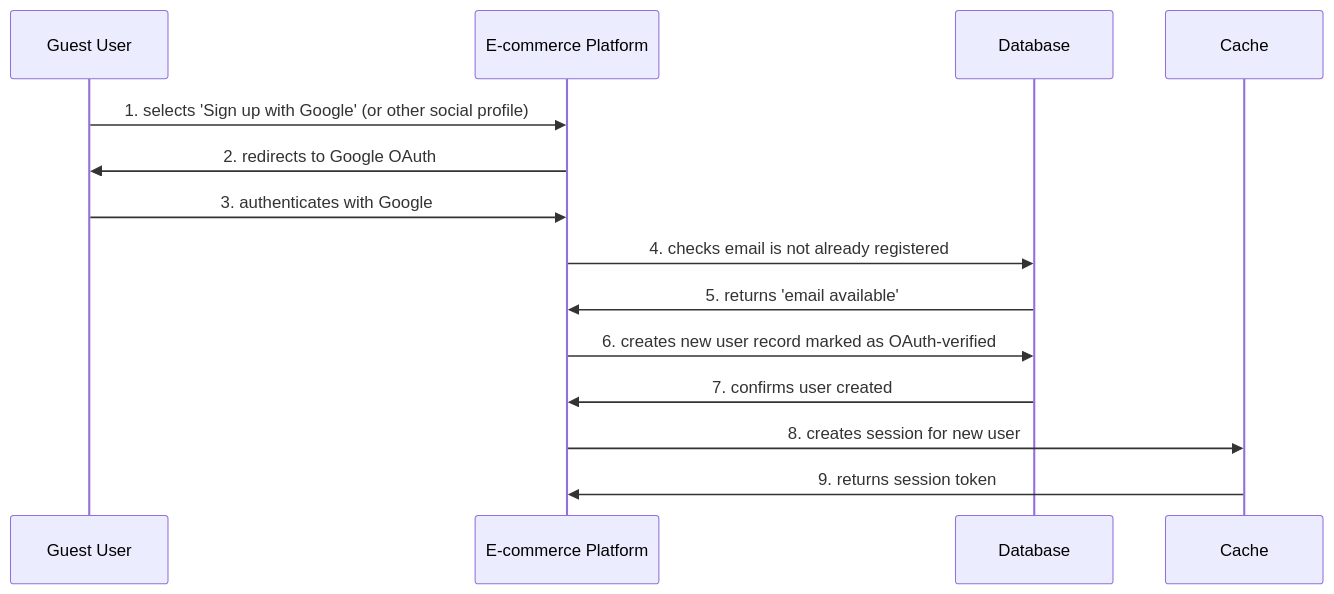
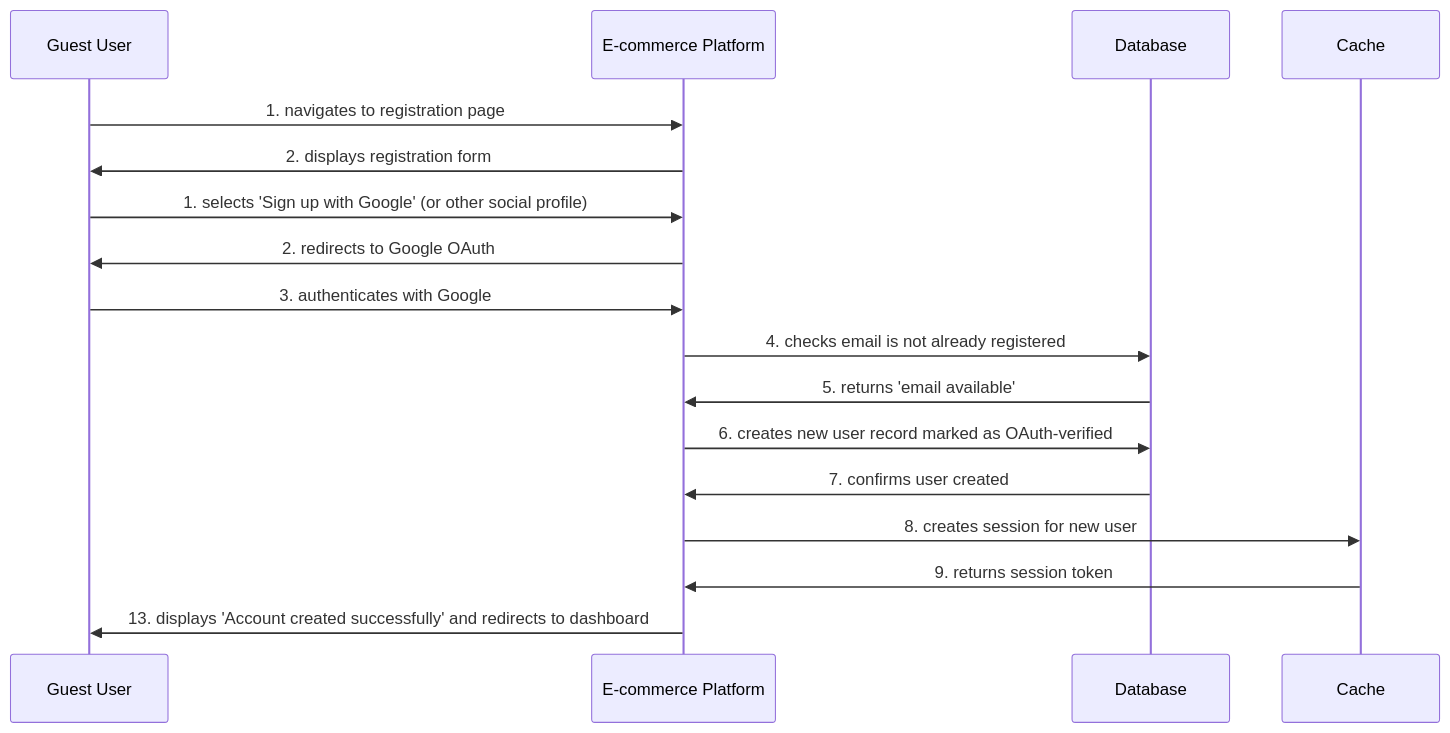
The second of 5 diagrams in examples/ecommerce-demo/docs/use-cases/authentication/UC-AUTH-001/README.md (Guillaumecoi/MUCM), drawn with Mermaid before and after one commit. The commit also changed other lines of this file and 54 other files, not shown here.

````diff
--- a/examples/ecommerce-demo/docs/use-cases/authentication/UC-AUTH-001/README.md
+++ b/examples/ecommerce-demo/docs/use-cases/authentication/UC-AUTH-001/README.md
@@ -81,13 +85,19 @@
 ```mermaid
 sequenceDiagram
 participant Guest User
+participant E-commerce Platform
+participant Database
+participant Cache
+Guest User->>E-commerce Platform: 1. navigates to registration page
+E-commerce Platform->>Guest User: 2. displays registration form
 Guest User->>E-commerce Platform: 1. selects 'Sign up with Google' (or other social profile)
 E-commerce Platform->>Guest User: 2. redirects to Google OAuth
 Guest User->>E-commerce Platform: 3. authenticates with Google
 E-commerce Platform->>Database: 4. checks email is not already registered
 Database->>E-commerce Platform: 5. returns 'email available'
 E-commerce Platform->>Database: 6. creates new user record marked as OAuth-verified
 Database->>E-commerce Platform: 7. confirms user created
 E-commerce Platform->>Cache: 8. creates session for new user
 Cache->>E-commerce Platform: 9. returns session token
+E-commerce Platform->>Guest User: 13. displays 'Account created successfully' and redirects to dashboard
 ```
````
